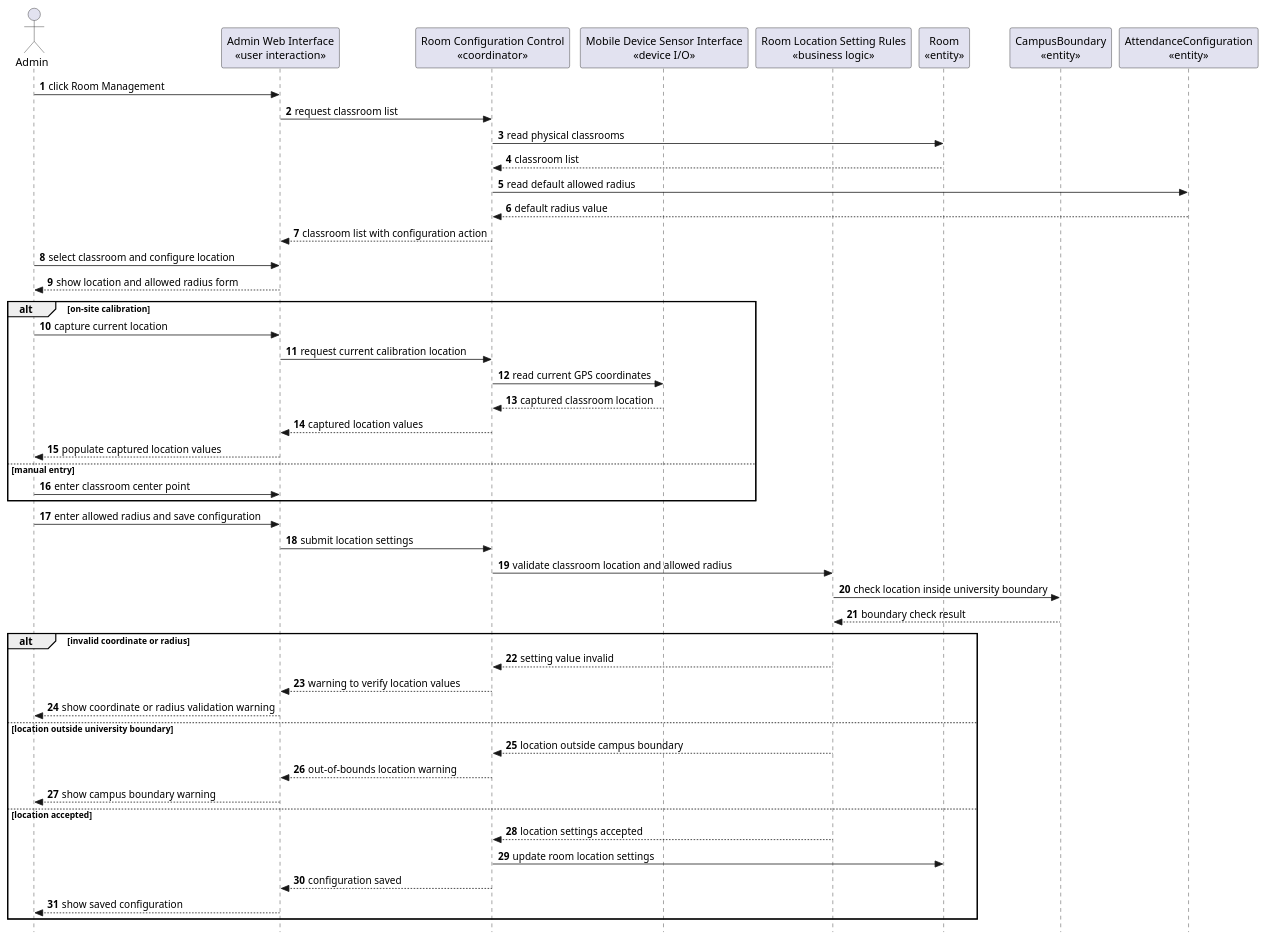
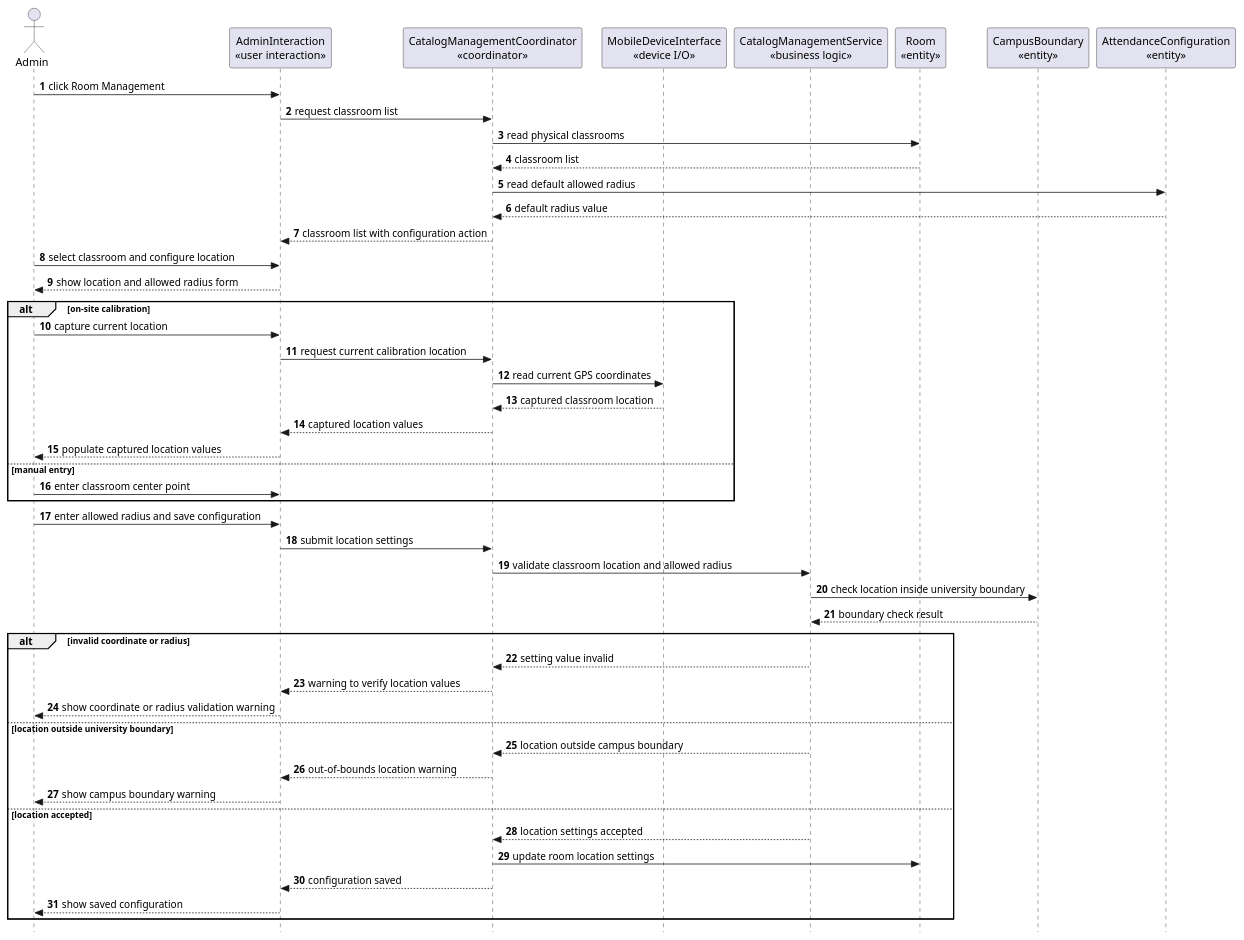
Diagram 25 of 29 in docs/sds/2_Analysis.md (nttung42/SWD392), drawn with PlantUML before and after one commit. The commit also changed other lines of this file and 5 other files, not shown here.

````diff
--- a/docs/sds/2_Analysis.md
+++ b/docs/sds/2_Analysis.md
@@ -1226,56 +1205,56 @@
 ```plantuml
 @startuml
 skinparam style strictuml
 autonumber
 actor "Admin" as Admin
-participant "Admin Web Interface\n«user interaction»" as AdminUI
-participant "Room Configuration Control\n«coordinator»" as RoomControl
-participant "Mobile Device Sensor Interface\n«device I/O»" as MobileSensor
-participant "Room Location Setting Rules\n«business logic»" as LocationSettingRules
+participant "AdminInteraction\n«user interaction»" as AdminUI
+participant "CatalogManagementCoordinator\n«coordinator»" as RoomControl
+participant "MobileDeviceInterface\n«device I/O»" as MobileSensor
+participant "CatalogManagementService\n«business logic»" as LocationSettingRules
 participant "Room\n«entity»" as Room
 participant "CampusBoundary\n«entity»" as CampusBoundary
 participant "AttendanceConfiguration\n«entity»" as AttendanceConfig
 
 Admin -> AdminUI : click Room Management
 AdminUI -> RoomControl : request classroom list
 RoomControl -> Room : read physical classrooms
 Room --> RoomControl : classroom list
 RoomControl -> AttendanceConfig : read default allowed radius
 AttendanceConfig --> RoomControl : default radius value
 RoomControl --> AdminUI : classroom list with configuration action
 Admin -> AdminUI : select classroom and configure location
 AdminUI --> Admin : show location and allowed radius form
 
 alt on-site calibration
   Admin -> AdminUI : capture current location
   AdminUI -> RoomControl : request current calibration location
   RoomControl -> MobileSensor : read current GPS coordinates
   MobileSensor --> RoomControl : captured classroom location
   RoomControl --> AdminUI : captured location values
   AdminUI --> Admin : populate captured location values
 else manual entry
   Admin -> AdminUI : enter classroom center point
 end
 
 Admin -> AdminUI : enter allowed radius and save configuration
 AdminUI -> RoomControl : submit location settings
 RoomControl -> LocationSettingRules : validate classroom location and allowed radius
 LocationSettingRules -> CampusBoundary : check location inside university boundary
 CampusBoundary --> LocationSettingRules : boundary check result
 
 alt invalid coordinate or radius
   LocationSettingRules --> RoomControl : setting value invalid
   RoomControl --> AdminUI : warning to verify location values
   AdminUI --> Admin : show coordinate or radius validation warning
 else location outside university boundary
   LocationSettingRules --> RoomControl : location outside campus boundary
   RoomControl --> AdminUI : out-of-bounds location warning
   AdminUI --> Admin : show campus boundary warning
 else location accepted
   LocationSettingRules --> RoomControl : location settings accepted
   RoomControl -> Room : update room location settings
   RoomControl --> AdminUI : configuration saved
   AdminUI --> Admin : show saved configuration
 end
 @enduml
 ```
````
